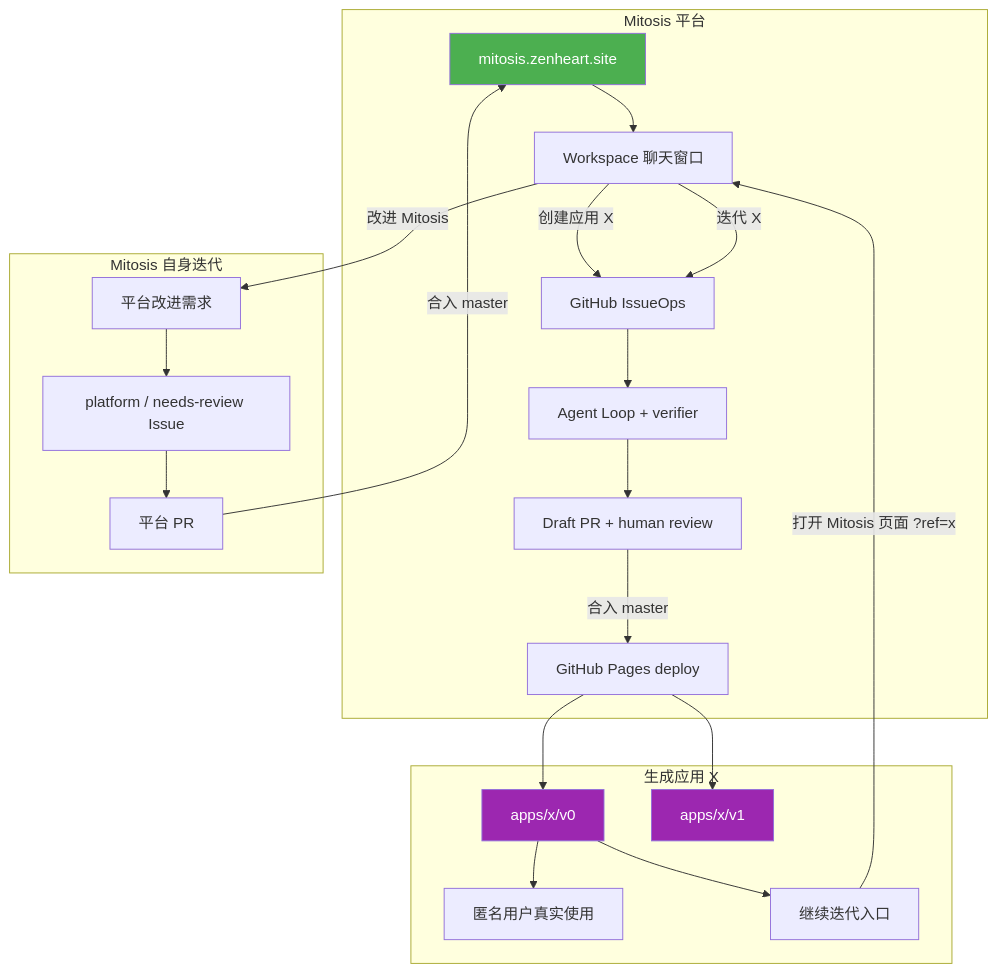
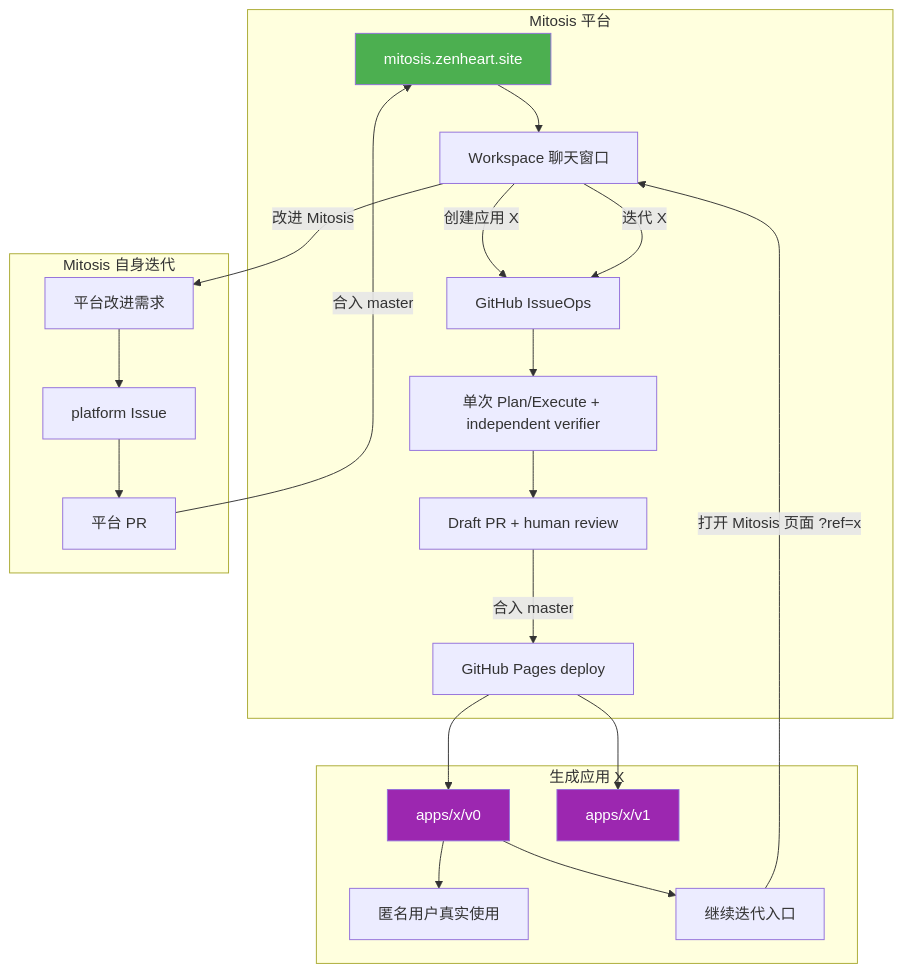
The sixth of 9 diagrams in docs/architecture.md (zenHeart/mitosis), drawn with Mermaid before and after one commit. The commit also changed other lines of this file and 20 other files, not shown here.

````diff
--- a/docs/architecture.md
+++ b/docs/architecture.md
@@ -306,45 +312,45 @@
 ```mermaid
 flowchart TD
     subgraph Platform["Mitosis 平台"]
         M["mitosis.zenheart.site"]
         W["Workspace 聊天窗口"]
         I["GitHub IssueOps"]
-        A["Agent Loop + verifier"]
+        A["单次 Plan/Execute + independent verifier"]
         R["Draft PR + human review"]
         D["GitHub Pages deploy"]
     end
 
     subgraph AppX["生成应用 X"]
         X0["apps/x/v0"]
         UX["匿名用户真实使用"]
         CTA["继续迭代入口"]
         X1["apps/x/v1"]
     end
 
     subgraph PlatformLoop["Mitosis 自身迭代"]
         PM["平台改进需求"]
-        PI["platform / needs-review Issue"]
+        PI["platform Issue"]
         PPR["平台 PR"]
     end
 
     M --> W
     W -->|创建应用 X| I
     I --> A
     A --> R
     R -->|合入 master| D
     D --> X0
     X0 --> UX
     X0 --> CTA
     CTA -->|"打开 Mitosis 页面 ?ref=x"| W
     W -->|迭代 X| I
     D --> X1
 
     W -->|改进 Mitosis| PM
     PM --> PI
     PI --> PPR
     PPR -->|合入 master| M
 
     style X0 fill:#9C27B0,color:#fff
     style X1 fill:#9C27B0,color:#fff
     style M fill:#4CAF50,color:#fff
 ```
````
